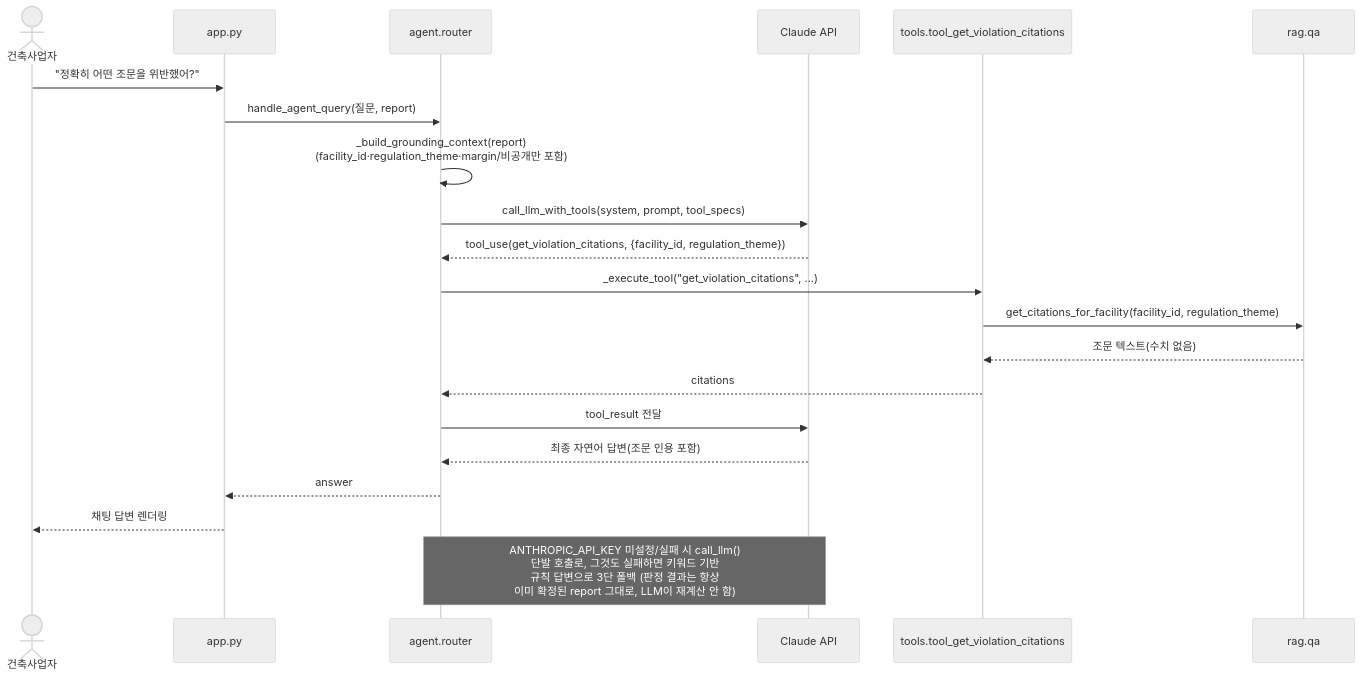
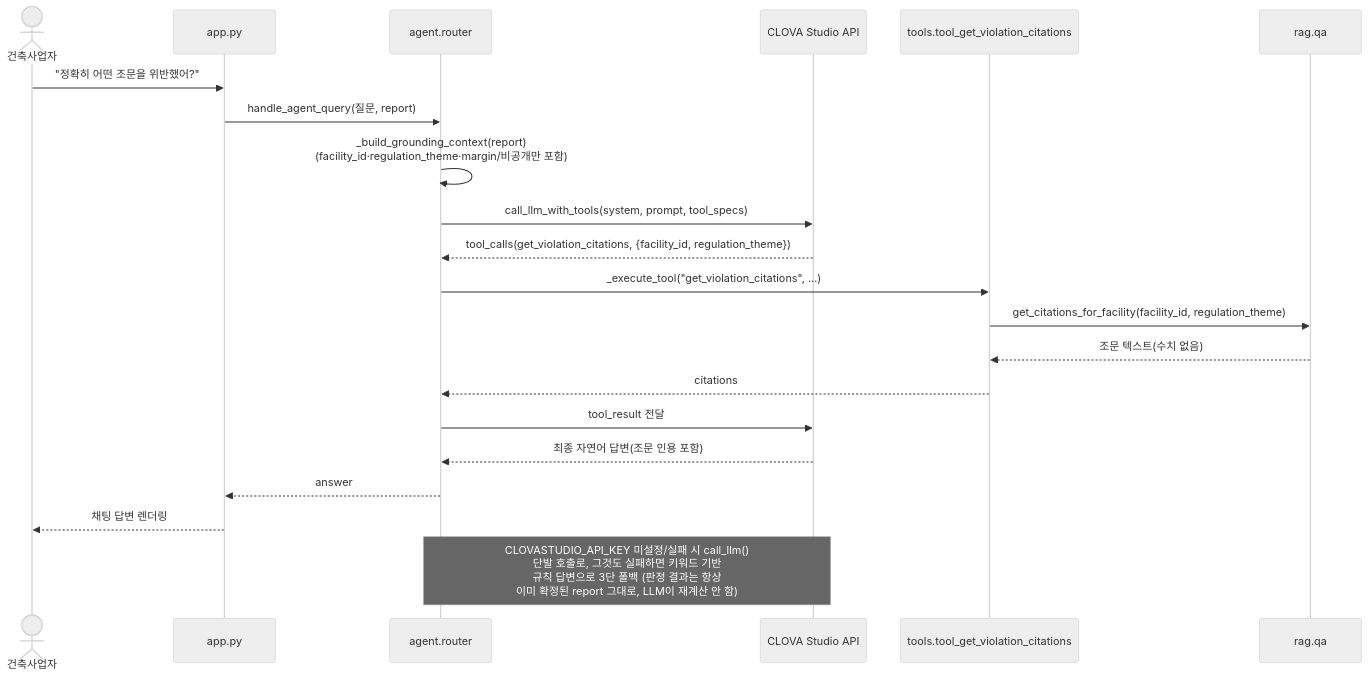
One commit to kallin1/zecret changed the second of 2 diagrams in docs/sequence.md. Above: the diagram before and after it, drawn with Mermaid (neutral theme). The commit also changed 14 other files, not shown here.

First line of the commit message:
refactor: LLM 제공자를 CLOVA Studio(HyperCLOVA X) 단일 제공자로 전환

````diff
--- a/docs/sequence.md
+++ b/docs/sequence.md
@@ -57,25 +57,25 @@
 ```mermaid
 sequenceDiagram
     actor U as 건축사업자
     participant App as app.py
     participant Router as agent.router
-    participant Claude as Claude API
+    participant Clova as CLOVA Studio API
     participant Tool as tools.tool_get_violation_citations
     participant RAG as rag.qa
 
     U->>App: "정확히 어떤 조문을 위반했어?"
     App->>Router: handle_agent_query(질문, report)
     Router->>Router: _build_grounding_context(report)<br/>(facility_id·regulation_theme·margin/비공개만 포함)
-    Router->>Claude: call_llm_with_tools(system, prompt, tool_specs)
-    Claude-->>Router: tool_use(get_violation_citations, {facility_id, regulation_theme})
+    Router->>Clova: call_llm_with_tools(system, prompt, tool_specs)
+    Clova-->>Router: tool_calls(get_violation_citations, {facility_id, regulation_theme})
     Router->>Tool: _execute_tool("get_violation_citations", ...)
     Tool->>RAG: get_citations_for_facility(facility_id, regulation_theme)
     RAG-->>Tool: 조문 텍스트(수치 없음)
     Tool-->>Router: citations
-    Router->>Claude: tool_result 전달
-    Claude-->>Router: 최종 자연어 답변(조문 인용 포함)
+    Router->>Clova: tool_result 전달
+    Clova-->>Router: 최종 자연어 답변(조문 인용 포함)
     Router-->>App: answer
     App-->>U: 채팅 답변 렌더링
 
-    Note over Router,Claude: ANTHROPIC_API_KEY 미설정/실패 시 call_llm()<br/>단발 호출로, 그것도 실패하면 키워드 기반<br/>규칙 답변으로 3단 폴백 (판정 결과는 항상<br/>이미 확정된 report 그대로, LLM이 재계산 안 함)
+    Note over Router,Clova: CLOVASTUDIO_API_KEY 미설정/실패 시 call_llm()<br/>단발 호출로, 그것도 실패하면 키워드 기반<br/>규칙 답변으로 3단 폴백 (판정 결과는 항상<br/>이미 확정된 report 그대로, LLM이 재계산 안 함)
 ```
````
